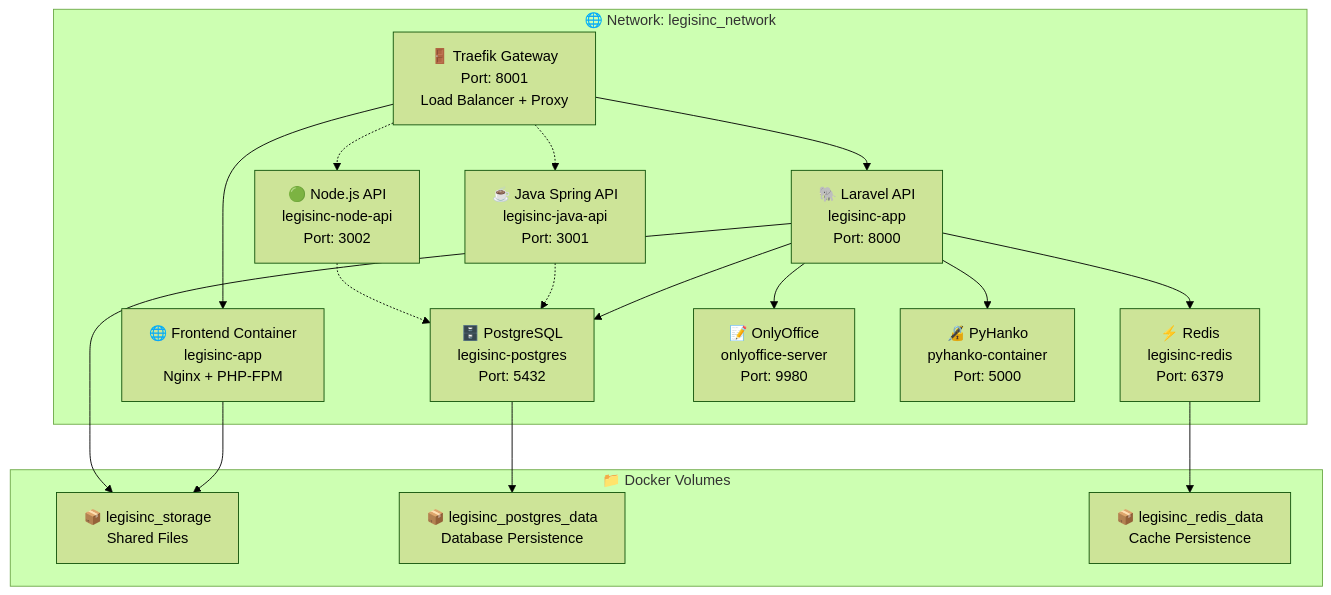
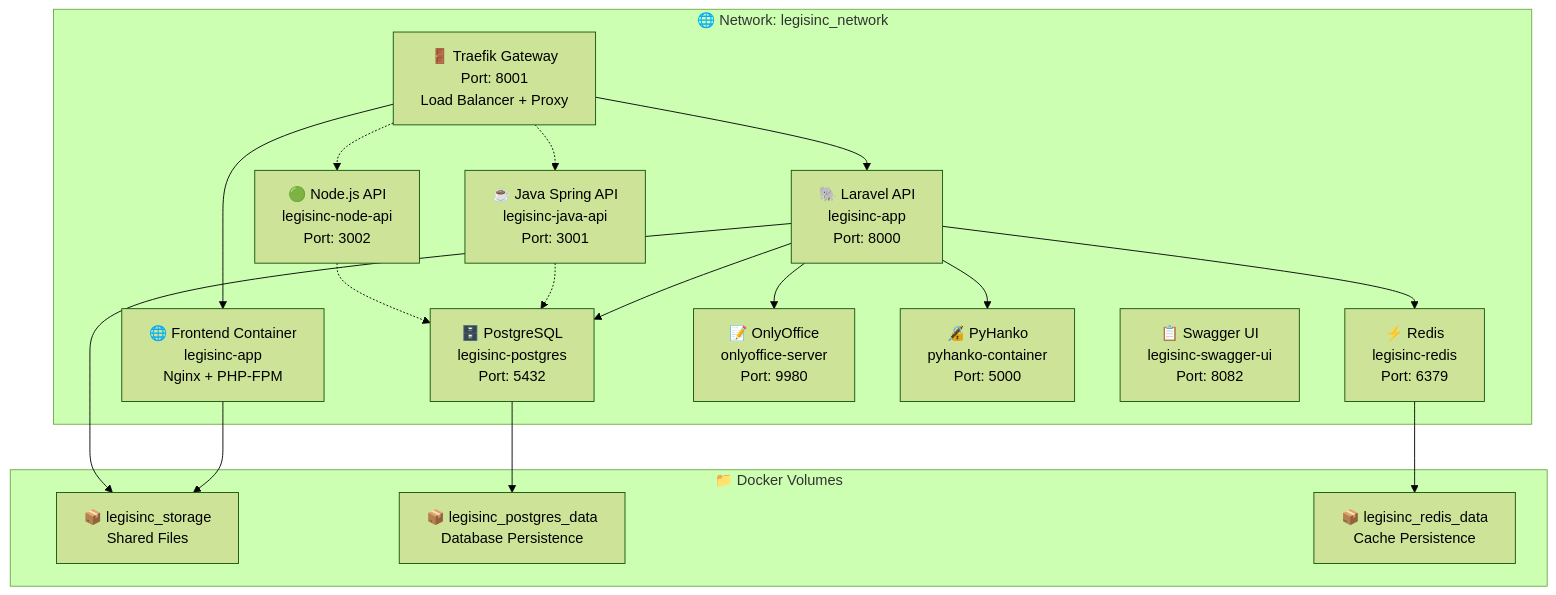
One commit to rangelbruno/legisinc-v3 changed diagram 11 of 11 in docs/project-overview.md. Above: the diagram before and after it, drawn with Mermaid (forest theme). The commit also changed other lines of this file and 4 other files, not shown here.

````diff
--- a/docs/project-overview.md
+++ b/docs/project-overview.md
@@ -430,50 +430,51 @@
 ```mermaid
 graph TB
     %% Network Layer
     subgraph "🌐 Network: legisinc_network"
         %% Gateway
         TRAEFIK["🚪 Traefik Gateway<br/>Port: 8001<br/>Load Balancer + Proxy"]
 
         %% Frontend Container
         FRONTEND_CONTAINER["🌐 Frontend Container<br/>legisinc-app<br/>Nginx + PHP-FPM"]
 
         %% Backend Containers
         LARAVEL_CONTAINER["🐘 Laravel API<br/>legisinc-app<br/>Port: 8000"]
         JAVA_CONTAINER["☕ Java Spring API<br/>legisinc-java-api<br/>Port: 3001"]
         NODE_CONTAINER["🟢 Node.js API<br/>legisinc-node-api<br/>Port: 3002"]
 
         %% Database & Storage
         POSTGRES["🗄️ PostgreSQL<br/>legisinc-postgres<br/>Port: 5432"]
         REDIS["⚡ Redis<br/>legisinc-redis<br/>Port: 6379"]
 
         %% External Services
         ONLYOFFICE["📝 OnlyOffice<br/>onlyoffice-server<br/>Port: 9980"]
         PYHANKO["🔏 PyHanko<br/>pyhanko-container<br/>Port: 5000"]
+        SWAGGER["📋 Swagger UI<br/>legisinc-swagger-ui<br/>Port: 8082"]
     end
 
     %% Volume Mounts
     subgraph "📁 Docker Volumes"
         STORAGE_VOL["📦 legisinc_storage<br/>Shared Files"]
         DB_VOL["📦 legisinc_postgres_data<br/>Database Persistence"]
         REDIS_VOL["📦 legisinc_redis_data<br/>Cache Persistence"]
     end
 
     %% Flow
     TRAEFIK --> FRONTEND_CONTAINER
     TRAEFIK --> LARAVEL_CONTAINER
     TRAEFIK -.-> JAVA_CONTAINER
     TRAEFIK -.-> NODE_CONTAINER
 
     LARAVEL_CONTAINER --> POSTGRES
     JAVA_CONTAINER -.-> POSTGRES
     NODE_CONTAINER -.-> POSTGRES
 
     LARAVEL_CONTAINER --> REDIS
     LARAVEL_CONTAINER --> ONLYOFFICE
     LARAVEL_CONTAINER --> PYHANKO
 
     POSTGRES --> DB_VOL
     REDIS --> REDIS_VOL
     FRONTEND_CONTAINER --> STORAGE_VOL
     LARAVEL_CONTAINER --> STORAGE_VOL
 ```
````
